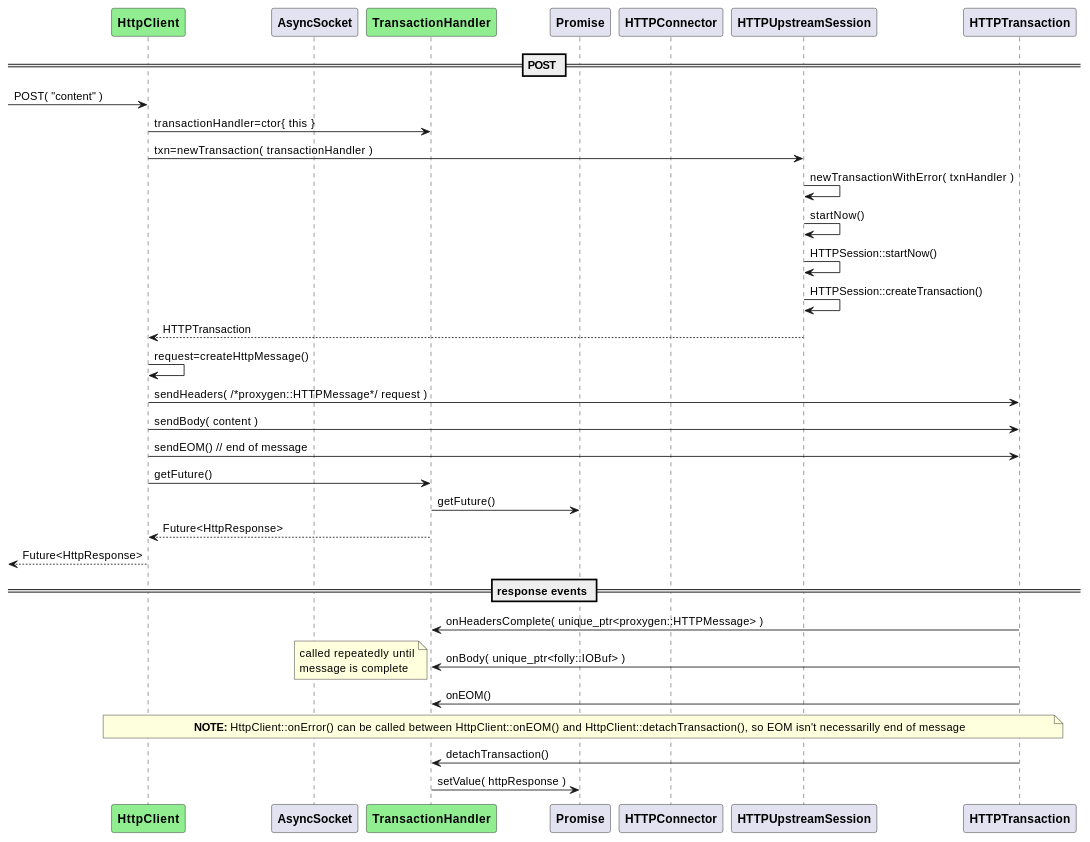
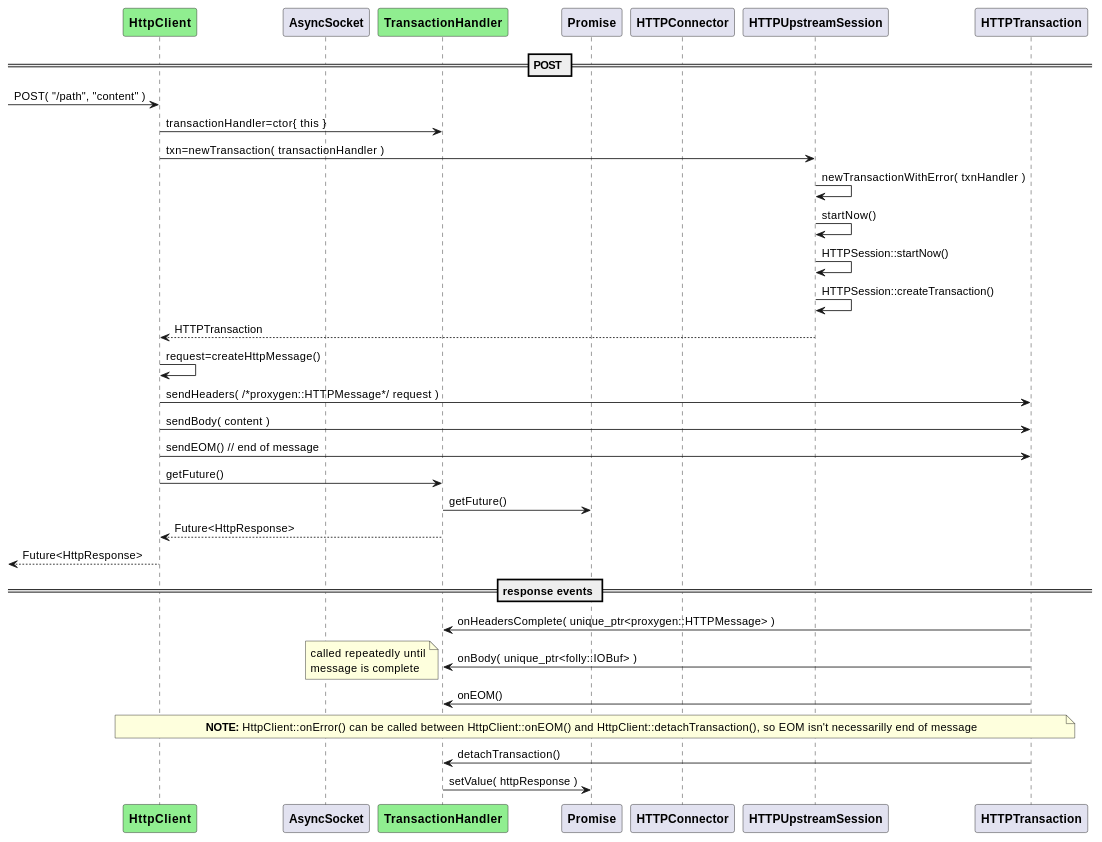
One commit to patrickhallinan/hello-proxygen changed the third of 4 diagrams in doc/http-client.adoc. Above: the diagram before and after it, drawn with PlantUML. The commit also changed other lines of this file and 20 other files, not shown here.

```diff
--- a/doc/http-client.adoc
+++ b/doc/http-client.adoc
@@ -177,56 +157,56 @@
 [plantuml, "http-client-post-seq.puml", svg]
 ----
 
 participant "**HttpClient**" as HttpClient #LightGreen
 participant "**AsyncSocket**" as AsyncSocket
 participant "**TransactionHandler**" as TransactionHandler #LightGreen
 participant "**Promise**" as Promise
 participant "**HTTPConnector**" as HTTPConnector
 participant "**HTTPUpstreamSession**" as HTTPUpstreamSession
 participant "**HTTPTransaction**" as HTTPTransaction
 
 
 == POST ==
 
--> HttpClient : POST( "content" )
+-> HttpClient : POST( "/path", "content" )
 
 HttpClient -> TransactionHandler : transactionHandler=ctor{ this }
 HttpClient -> HTTPUpstreamSession : txn=newTransaction( transactionHandler )
 HTTPUpstreamSession -> HTTPUpstreamSession : newTransactionWithError( txnHandler )
 HTTPUpstreamSession -> HTTPUpstreamSession : startNow()
 HTTPUpstreamSession -> HTTPUpstreamSession : HTTPSession::startNow()    
 HTTPUpstreamSession -> HTTPUpstreamSession : HTTPSession::createTransaction()
 HTTPUpstreamSession --> HttpClient : HTTPTransaction
 
 HttpClient -> HttpClient : request=createHttpMessage()
 HttpClient -> HTTPTransaction : sendHeaders( /*proxygen::HTTPMessage*/ request )
 HttpClient -> HTTPTransaction : sendBody( content )
 HttpClient -> HTTPTransaction : sendEOM() // end of message
 
 HttpClient -> TransactionHandler : getFuture()
 TransactionHandler -> Promise : getFuture()
 TransactionHandler --> HttpClient : Future<HttpResponse>
 <-- HttpClient : Future<HttpResponse>
 
 
 == response events ==
 
 HTTPTransaction -> TransactionHandler : onHeadersComplete( unique_ptr<proxygen::HTTPMessage> )
 
 HTTPTransaction -> TransactionHandler : onBody( unique_ptr<folly::IOBuf> )
 note left
     called repeatedly until
     message is complete
 end note
 
 HTTPTransaction -> TransactionHandler : onEOM()
 
 note across
     **NOTE:** HttpClient::onError() can be called between HttpClient::onEOM() and HttpClient::detachTransaction(), so EOM isn't necessarilly end of message
 end note
 
 HTTPTransaction -> TransactionHandler : detachTransaction()
 
 TransactionHandler -> Promise : setValue( httpResponse )
 
 ----
```
